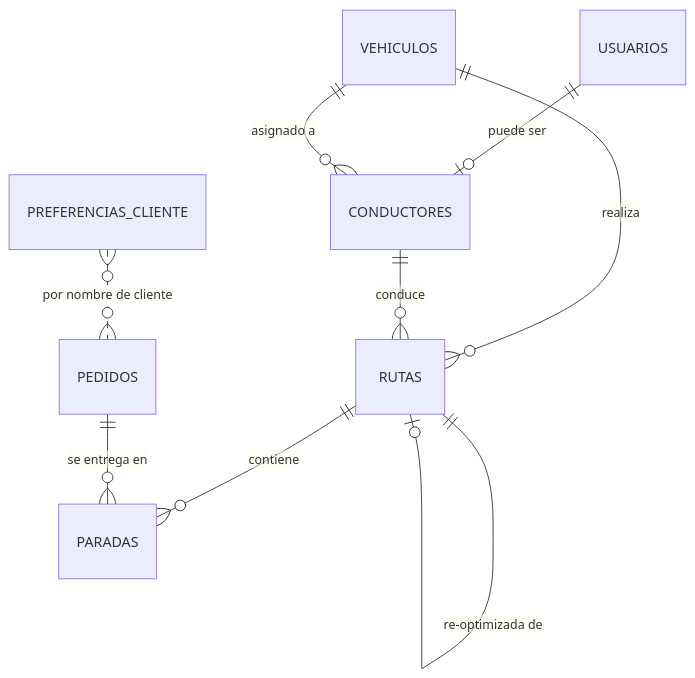
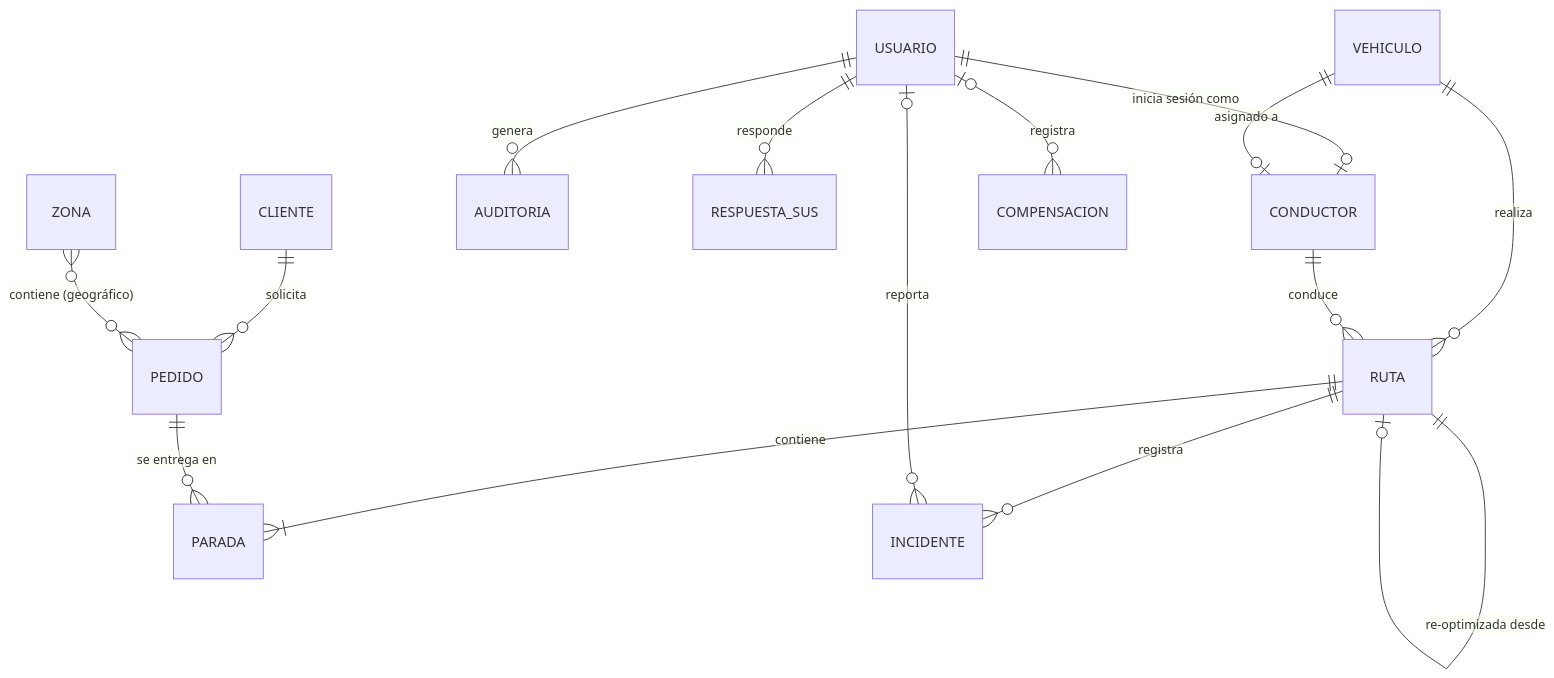
The diagram in docs/01 Inicio/11. Base de datos V_1_0_0.md (FernandoR0/ecologistica), drawn with Mermaid before and after one commit. The commit also changed other lines of this file and 12 other files, not shown here.

````diff
--- a/docs/01 Inicio/11. Base de datos V_1_0_0.md
+++ b/docs/01 Inicio/11. Base de datos V_1_0_0.md
@@ -17,11 +17,17 @@
 ```mermaid
 erDiagram
-  USUARIOS ||--o| CONDUCTORES : "puede ser"
-  VEHICULOS ||--o{ CONDUCTORES : "asignado a"
-  VEHICULOS ||--o{ RUTAS : realiza
-  CONDUCTORES ||--o{ RUTAS : conduce
-  RUTAS ||--o{ PARADAS : contiene
-  PEDIDOS ||--o{ PARADAS : "se entrega en"
-  RUTAS ||--o| RUTAS : "re-optimizada de"
-  PREFERENCIAS_CLIENTE }o..o{ PEDIDOS : "por nombre de cliente"
+  USUARIO ||--o| CONDUCTOR : "inicia sesión como"
+  VEHICULO ||--o| CONDUCTOR : "asignado a"
+  CLIENTE ||--o{ PEDIDO : "solicita"
+  VEHICULO ||--o{ RUTA : "realiza"
+  CONDUCTOR ||--o{ RUTA : "conduce"
+  RUTA ||--|{ PARADA : "contiene"
+  PEDIDO ||--o{ PARADA : "se entrega en"
+  RUTA ||--o{ INCIDENTE : "registra"
+  RUTA ||--o| RUTA : "re-optimizada desde"
+  USUARIO ||--o{ AUDITORIA : "genera"
+  USUARIO ||--o{ RESPUESTA_SUS : "responde"
+  ZONA }o--o{ PEDIDO : "contiene (geográfico)"
+  USUARIO |o--o{ COMPENSACION : "registra"
+  USUARIO |o--o{ INCIDENTE : "reporta"
 ```
````
